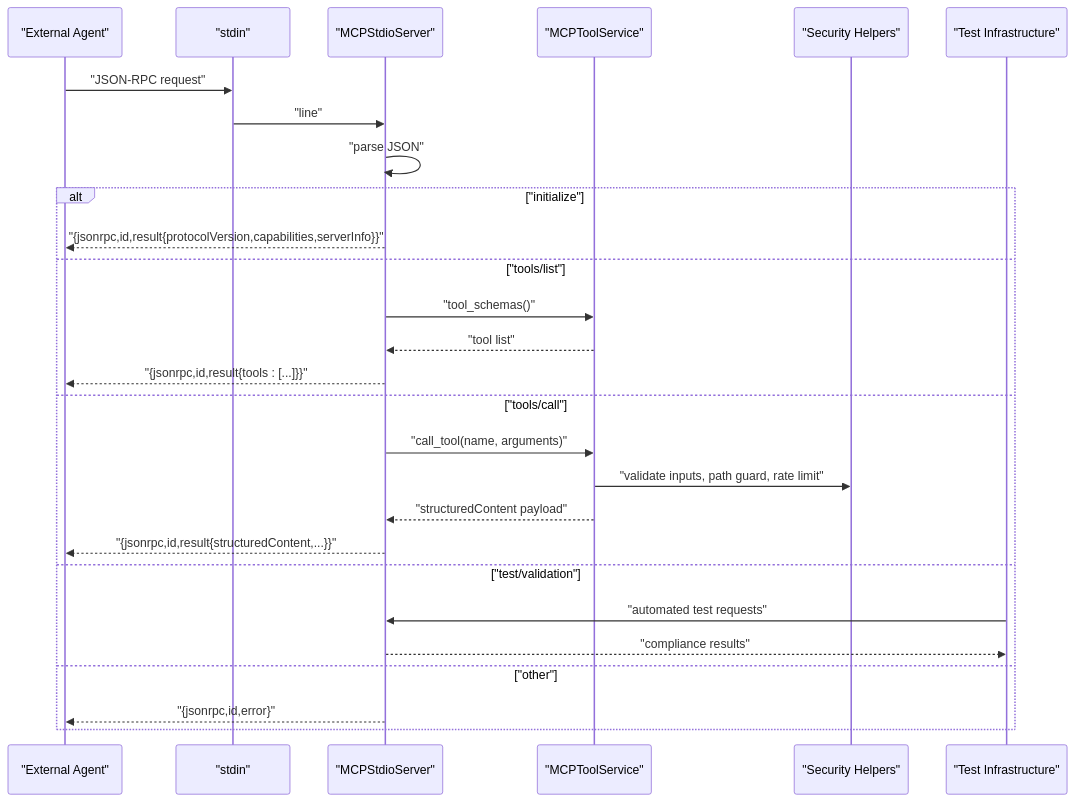
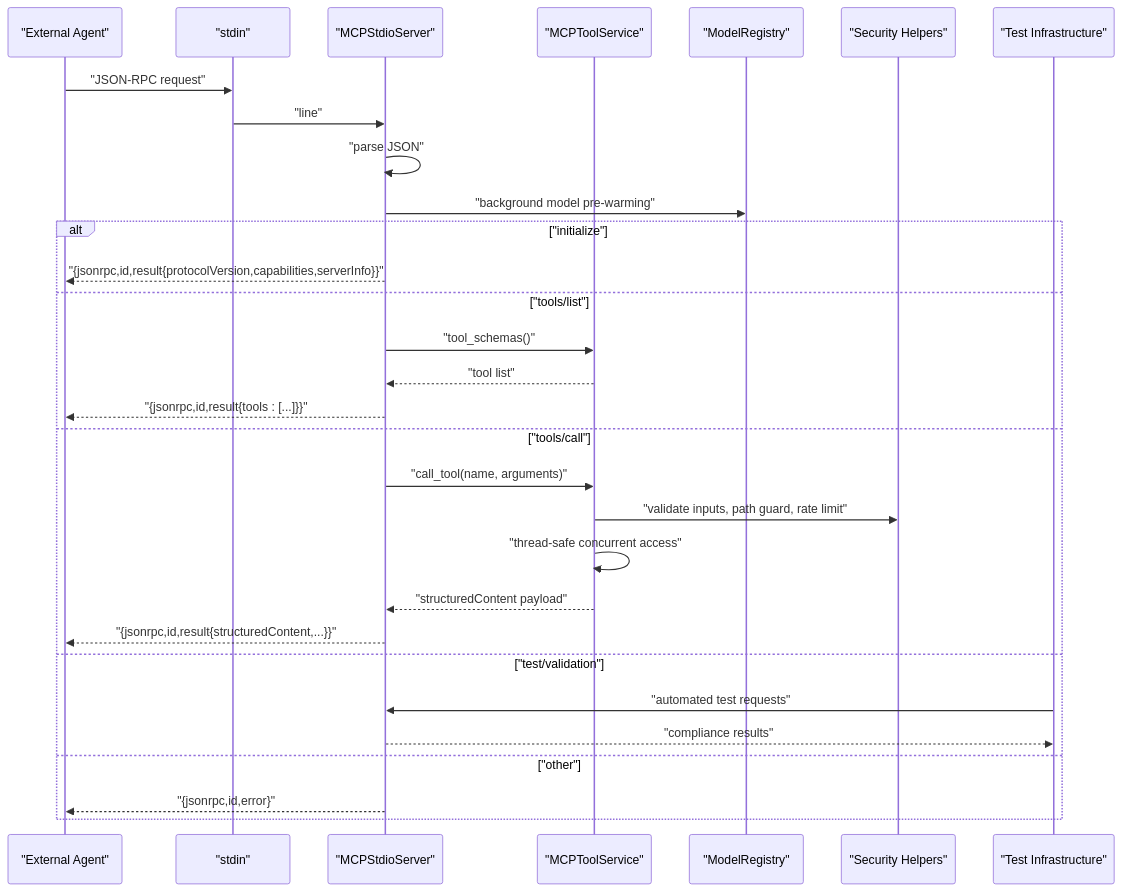
One commit to maemreyo/zmr-ctx-paker changed the second of 5 diagrams in .qoder/repowiki/en/content/CLI Reference/MCP Server/MCP Server.md. Above: the diagram before and after it, drawn with Mermaid. The commit also changed other lines of this file and 94 other files, not shown here.

````diff
--- a/.qoder/repowiki/en/content/CLI Reference/MCP Server/MCP Server.md
+++ b/.qoder/repowiki/en/content/CLI Reference/MCP Server/MCP Server.md
@@ -132,29 +142,32 @@
 ```mermaid
 sequenceDiagram
 participant Agent as "External Agent"
 participant Stdin as "stdin"
 participant Server as "MCPStdioServer"
 participant Service as "MCPToolService"
+participant Registry as "ModelRegistry"
 participant Sec as "Security Helpers"
 participant Test as "Test Infrastructure"
 Agent->>Stdin : "JSON-RPC request"
 Stdin->>Server : "line"
 Server->>Server : "parse JSON"
+Server->>Registry : "background model pre-warming"
 alt "initialize"
 Server-->>Agent : "{jsonrpc,id,result{protocolVersion,capabilities,serverInfo}}"
 else "tools/list"
 Server->>Service : "tool_schemas()"
 Service-->>Server : "tool list"
 Server-->>Agent : "{jsonrpc,id,result{tools : [...]}}"
 else "tools/call"
 Server->>Service : "call_tool(name, arguments)"
 Service->>Sec : "validate inputs, path guard, rate limit"
+Service->>Service : "thread-safe concurrent access"
 Service-->>Server : "structuredContent payload"
 Server-->>Agent : "{jsonrpc,id,result{structuredContent,...}}"
 else "test/validation"
 Test->>Server : "automated test requests"
 Server-->>Test : "compliance results"
 else "other"
 Server-->>Agent : "{jsonrpc,id,error}"
 end
 ```
````
